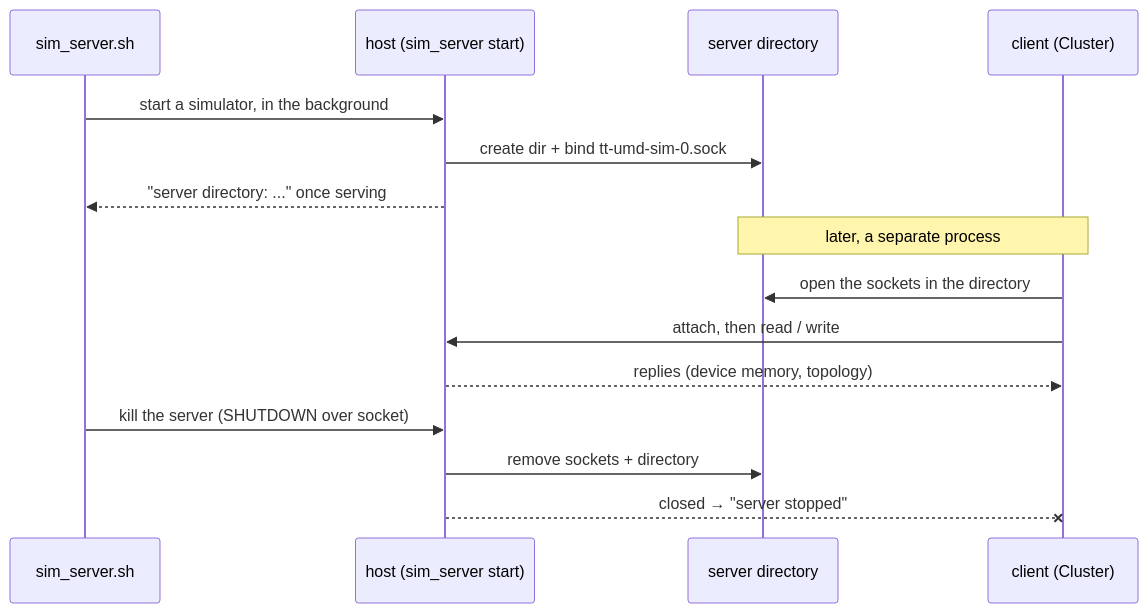
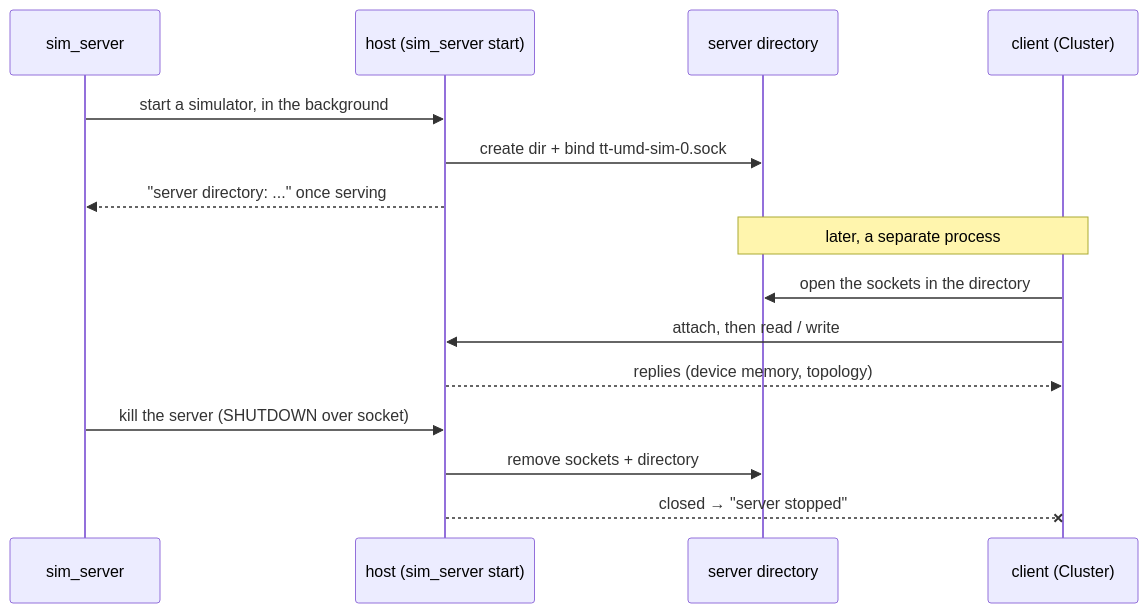
One commit to tenstorrent/tt-umd changed the third of 3 diagrams in docs/SIMULATION_SERVER.md. Above: the diagram before and after it, drawn with Mermaid. The commit also changed other lines of this file and 6 other files, not shown here.

First line of the commit message:
sim_server: fold the shell wrapper into the binary

````diff
--- a/docs/SIMULATION_SERVER.md
+++ b/docs/SIMULATION_SERVER.md
@@ -140,17 +138,17 @@
 ```mermaid
 sequenceDiagram
-  participant Tool as sim_server.sh
+  participant Tool as sim_server
   participant Host as host (sim_server start)
   participant Dir as server directory
   participant Client as client (Cluster)
   Tool->>Host: start a simulator, in the background
   Host->>Dir: create dir + bind tt-umd-sim-0.sock
   Host-->>Tool: "server directory: ..." once serving
   Note over Client,Dir: later, a separate process
   Client->>Dir: open the sockets in the directory
   Client->>Host: attach, then read / write
   Host-->>Client: replies (device memory, topology)
   Tool->>Host: kill the server (SHUTDOWN over socket)
   Host->>Dir: remove sockets + directory
   Host--xClient: closed → "server stopped"
 ```
````
